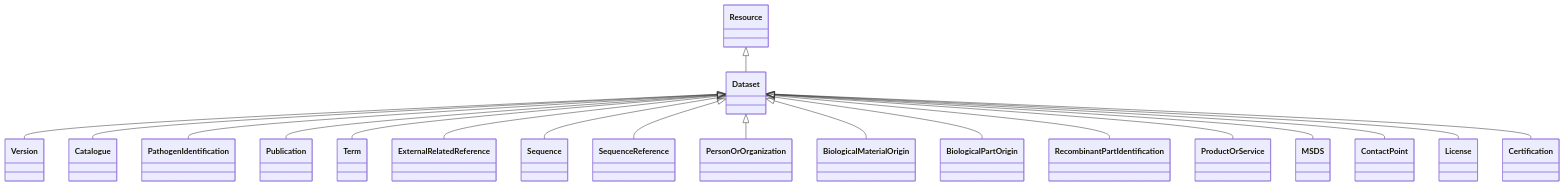
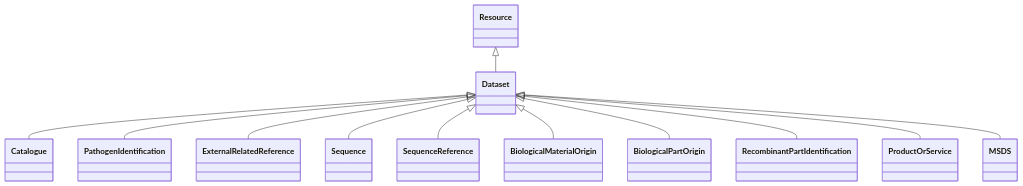
One commit to EVORA-project/evora-ontology changed the diagram in models/docs/Dataset.md. Above: the diagram before and after it, drawn with Mermaid. The commit also changed other lines of this file and 208 other files, not shown here.

````diff
--- a/models/docs/Dataset.md
+++ b/models/docs/Dataset.md
@@ -21,46 +21,32 @@
 ```mermaid
  classDiagram
     class Dataset
     click Dataset href "../Dataset"
       Resource <|-- Dataset
         click Resource href "../Resource"
       
 
-      Dataset <|-- Version
-        click Version href "../Version"
       Dataset <|-- Catalogue
         click Catalogue href "../Catalogue"
       Dataset <|-- PathogenIdentification
         click PathogenIdentification href "../PathogenIdentification"
-      Dataset <|-- Publication
-        click Publication href "../Publication"
-      Dataset <|-- Term
-        click Term href "../Term"
       Dataset <|-- ExternalRelatedReference
         click ExternalRelatedReference href "../ExternalRelatedReference"
       Dataset <|-- Sequence
         click Sequence href "../Sequence"
       Dataset <|-- SequenceReference
         click SequenceReference href "../SequenceReference"
-      Dataset <|-- PersonOrOrganization
-        click PersonOrOrganization href "../PersonOrOrganization"
       Dataset <|-- BiologicalMaterialOrigin
         click BiologicalMaterialOrigin href "../BiologicalMaterialOrigin"
       Dataset <|-- BiologicalPartOrigin
         click BiologicalPartOrigin href "../BiologicalPartOrigin"
       Dataset <|-- RecombinantPartIdentification
         click RecombinantPartIdentification href "../RecombinantPartIdentification"
       Dataset <|-- ProductOrService
         click ProductOrService href "../ProductOrService"
       Dataset <|-- MSDS
         click MSDS href "../MSDS"
-      Dataset <|-- ContactPoint
-        click ContactPoint href "../ContactPoint"
-      Dataset <|-- License
-        click License href "../License"
-      Dataset <|-- Certification
-        click Certification href "../Certification"
       
       
       
 ```
````
